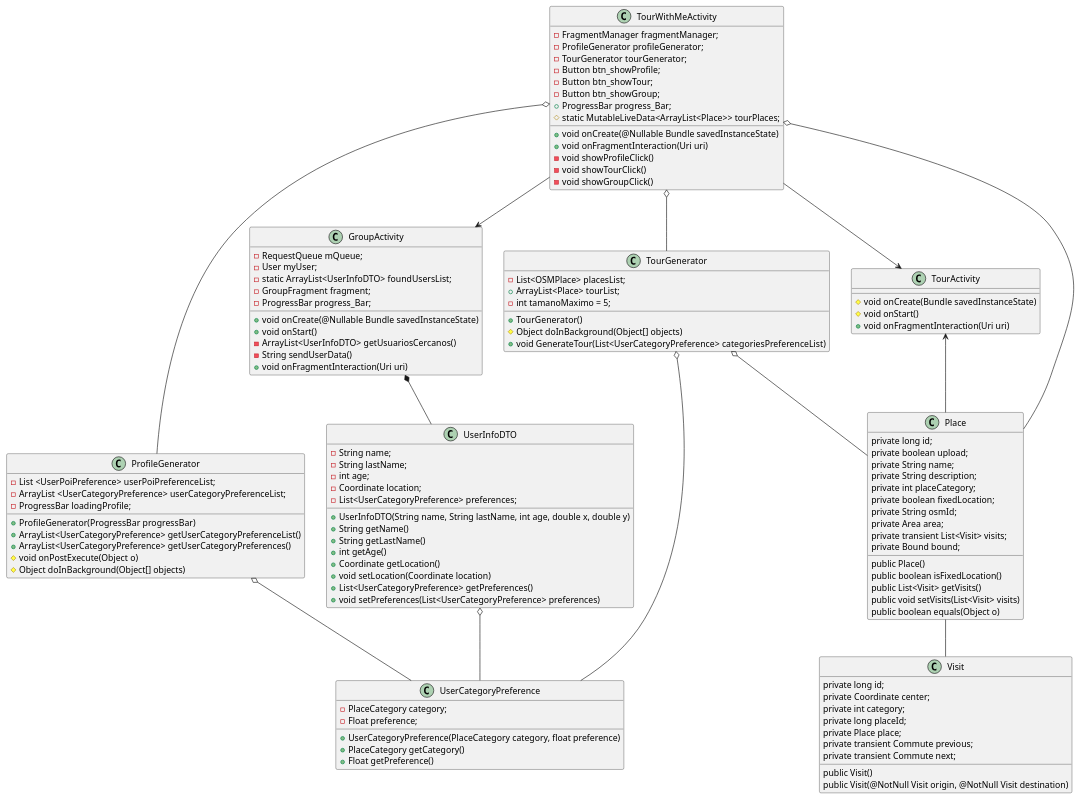
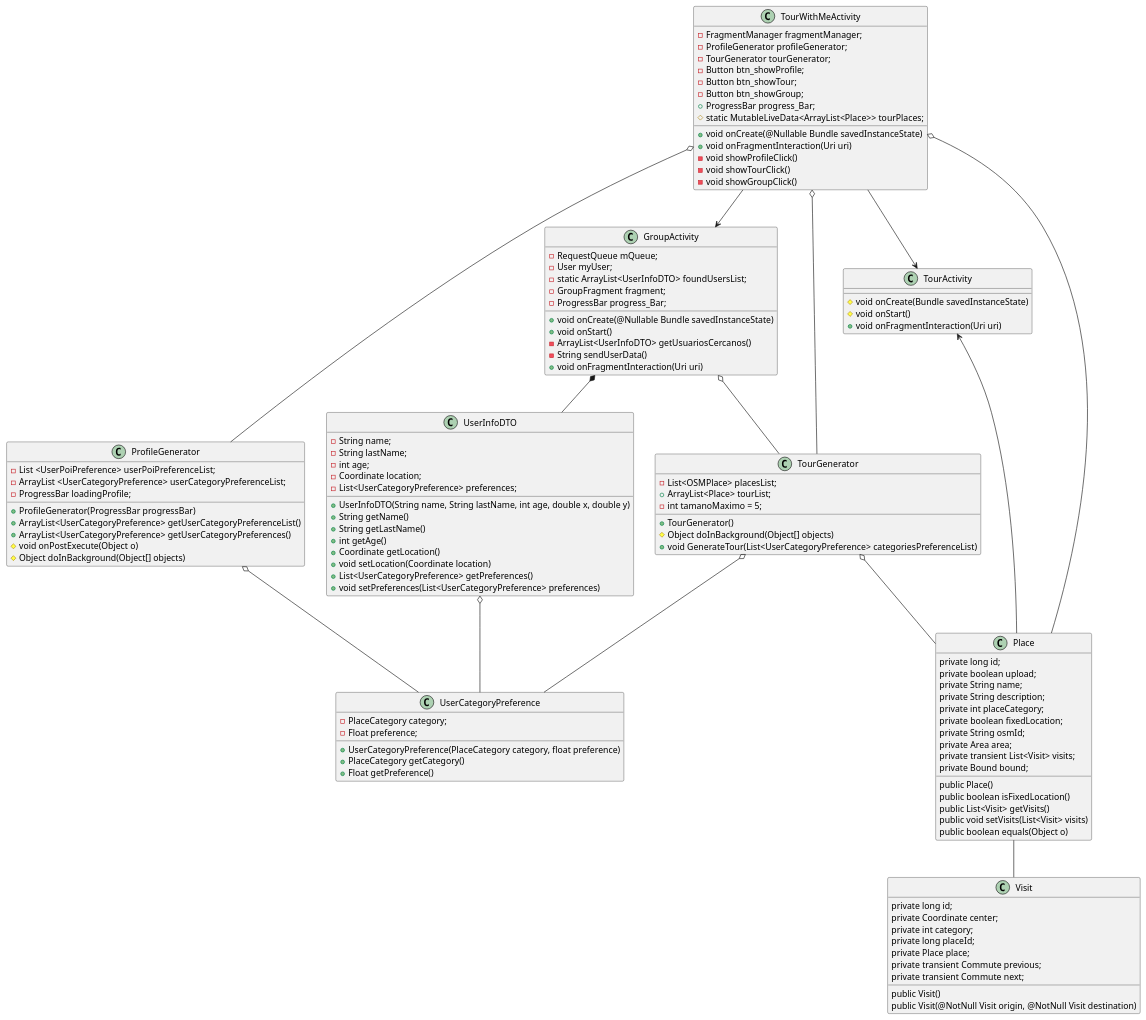
One commit to agustinfreiberger/asistan changed the diagram in app/src/main/java/ar/edu/unicen/isistan/asistan/tourwithme/Diagram.puml. Above: the diagram before and after it, drawn with PlantUML. The commit also changed 6 other files, not shown here.

```diff
--- a/app/src/main/java/ar/edu/unicen/isistan/asistan/tourwithme/Diagram.puml
+++ b/app/src/main/java/ar/edu/unicen/isistan/asistan/tourwithme/Diagram.puml
@@ -1,163 +1,164 @@
 @startuml
 'https://plantuml.com/class-diagram
 
 TourWithMeActivity o-- TourGenerator
+GroupActivity o-- TourGenerator
 TourWithMeActivity o-- ProfileGenerator
 GroupActivity *-- UserInfoDTO
 UserInfoDTO o-- UserCategoryPreference
 TourGenerator o-- UserCategoryPreference
 ProfileGenerator o-- UserCategoryPreference
 TourGenerator o-- Place
 TourWithMeActivity o-- Place
 Place --  Visit
 TourWithMeActivity --> TourActivity
 TourWithMeActivity --> GroupActivity
 TourActivity <-- Place
 
 
 class TourWithMeActivity {
 
     - FragmentManager fragmentManager;
     - ProfileGenerator profileGenerator;
     - TourGenerator tourGenerator;
     - Button btn_showProfile;
     - Button btn_showTour;
     - Button btn_showGroup;
     + ProgressBar progress_Bar;
     # static MutableLiveData<ArrayList<Place>> tourPlaces;
 
 
 
     + void onCreate(@Nullable Bundle savedInstanceState)
     + void onFragmentInteraction(Uri uri)
     - void showProfileClick()
 
 
     - void showTourClick()
 
 
     - void showGroupClick()
    }
 
 class GroupActivity{
 
 
     - RequestQueue mQueue;
     - User myUser;
     - static ArrayList<UserInfoDTO> foundUsersList;
     - GroupFragment fragment;
     - ProgressBar progress_Bar;
 
 
     + void onCreate(@Nullable Bundle savedInstanceState)
 
 
     + void onStart()
     - ArrayList<UserInfoDTO> getUsuariosCercanos()
     - String sendUserData()
     + void onFragmentInteraction(Uri uri)
 }
 
 class TourActivity{
     # void onCreate(Bundle savedInstanceState)
     # void onStart()
     + void onFragmentInteraction(Uri uri)
 }
 
 class TourGenerator {
 
     - List<OSMPlace> placesList;
     + ArrayList<Place> tourList;
     - int tamanoMaximo = 5;
 
     + TourGenerator()
 
 
     # Object doInBackground(Object[] objects)
     + void GenerateTour(List<UserCategoryPreference> categoriesPreferenceList)
 }
 
 class ProfileGenerator {
 
     -List <UserPoiPreference> userPoiPreferenceList;
     -ArrayList <UserCategoryPreference> userCategoryPreferenceList;
     -ProgressBar loadingProfile;
 
     + ProfileGenerator(ProgressBar progressBar)
     + ArrayList<UserCategoryPreference> getUserCategoryPreferenceList()
     + ArrayList<UserCategoryPreference> getUserCategoryPreferences()
 
 
     # void onPostExecute(Object o)
     # Object doInBackground(Object[] objects)
 
 }
 
 class UserInfoDTO {
 
     - String name;
     - String lastName;
     - int age;
     - Coordinate location;
     - List<UserCategoryPreference> preferences;
 
     + UserInfoDTO(String name, String lastName, int age, double x, double y)
 
 
     + String getName()
     + String getLastName()
     + int getAge()
     + Coordinate getLocation()
     + void setLocation(Coordinate location)
     + List<UserCategoryPreference> getPreferences()
 
 
     + void setPreferences(List<UserCategoryPreference> preferences)
 
 }
 
 class UserCategoryPreference {
     - PlaceCategory category;
     - Float preference;
 
     + UserCategoryPreference(PlaceCategory category, float preference)
     + PlaceCategory getCategory()
     + Float getPreference()
 
 }
 
 class Place {
 
     private long id;
     private boolean upload;
     private String name;
     private String description;
     private int placeCategory;
     private boolean fixedLocation;
     private String osmId;
     private Area area;
     private transient List<Visit> visits;
     private Bound bound;
 
     public Place()
     public boolean isFixedLocation()
     public List<Visit> getVisits()
     public void setVisits(List<Visit> visits)
     public boolean equals(Object o)
 }
 
 class Visit {
 
     private long id;
     private Coordinate center;
     private int category;
     private long placeId;
     private Place place;
     private transient Commute previous;
     private transient Commute next;
 
     public Visit()
     public Visit(@NotNull Visit origin, @NotNull Visit destination)
 }
 
 @enduml
```
